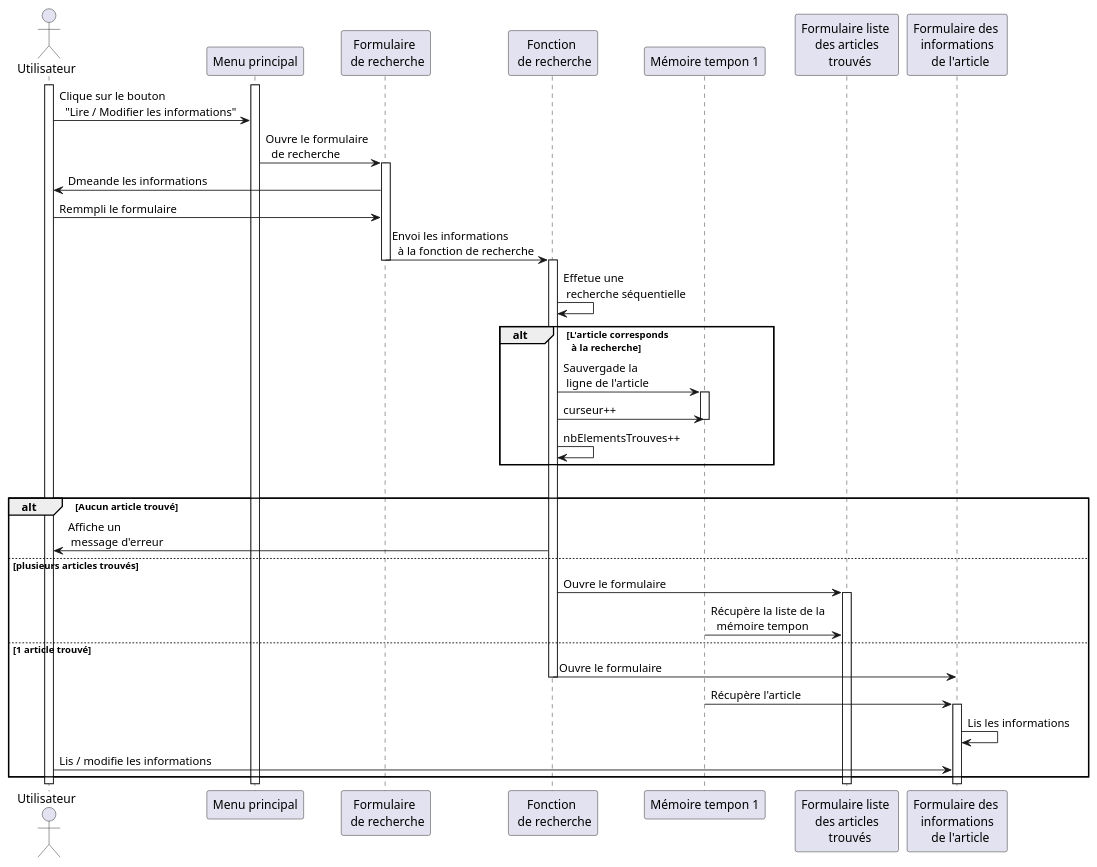
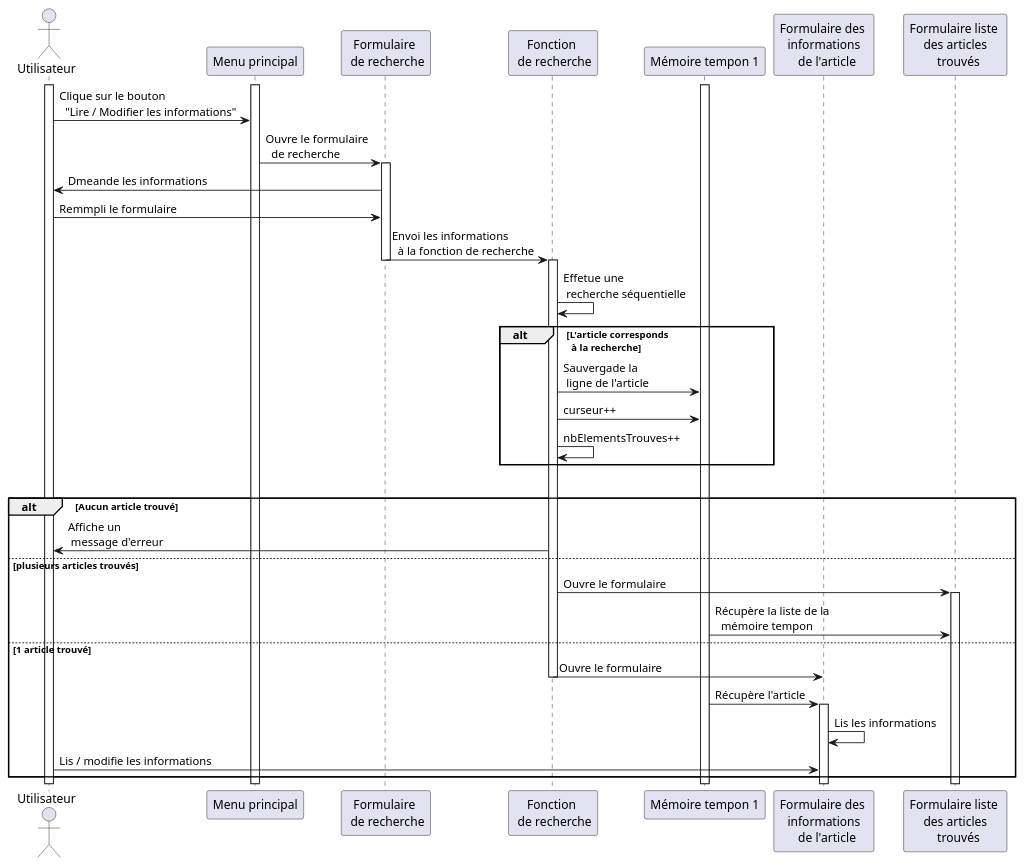
One commit to UPPA-s-University-Projects/rapport-stage changed the diagram in sequence/Mission 1/rwInfo.puml. Above: the diagram before and after it, drawn with PlantUML. The commit also changed 6 other files, not shown here.

Commit message:
New diagram, begin M2 Work

```diff
--- a/sequence/Mission 1/rwInfo.puml
+++ b/sequence/Mission 1/rwInfo.puml
@@ -1,48 +1,49 @@
 @startuml global gestionnaire de stocks sequence
 
     'Create an actor "user"
     actor Utilisateur as usr
     participant "Menu principal" as mmenu
     participant "Formulaire \n de recherche" as frmRecherche
     participant "Fonction \n de recherche" as search
     participant "Mémoire tempon 1" as temp1
+    participant "Formulaire des \n informations \n  de l'article" as frmInfo
     participant "Formulaire liste \n des articles \n  trouvés" as frmMultipleFound
-    participant "Formulaire des \n informations \n  de l'article" as frmInfo
 
     Activate usr
+    Activate temp1
     Activate mmenu
     usr -> mmenu : Clique sur le bouton \n  "Lire / Modifier les informations"
     mmenu -> frmRecherche : Ouvre le formulaire \n  de recherche
     activate frmRecherche
     frmRecherche -> usr : Dmeande les informations
     usr -> frmRecherche : Remmpli le formulaire
     frmRecherche -> search : Envoi les informations \n  à la fonction de recherche 
     deactivate frmRecherche
     activate search
     search -> search: Effetue une \n recherche séquentielle
     alt L'article corresponds \n  à la recherche
         search -> temp1: Sauvergade la \n ligne de l'article
-        activate temp1
+       
         search -> temp1: curseur++
-        deactivate temp1
+        
         search -> search: nbElementsTrouves++
     end
 
     |||
 
     alt Aucun article trouvé
         search -> usr: Affiche un \n message d'erreur
     else plusieurs articles trouvés
         search -> frmMultipleFound: Ouvre le formulaire
         Activate frmMultipleFound
         frmMultipleFound <- temp1: Récupère la liste de la \n  mémoire tempon
     else 1 article trouvé
         search -> frmInfo: Ouvre le formulaire
         deactivate search
         frmInfo <- temp1: Récupère l'article
         activate frmInfo
         frmInfo -> frmInfo: Lis les informations
         usr -> frmInfo: Lis / modifie les informations
     end
 
 @enduml
```
